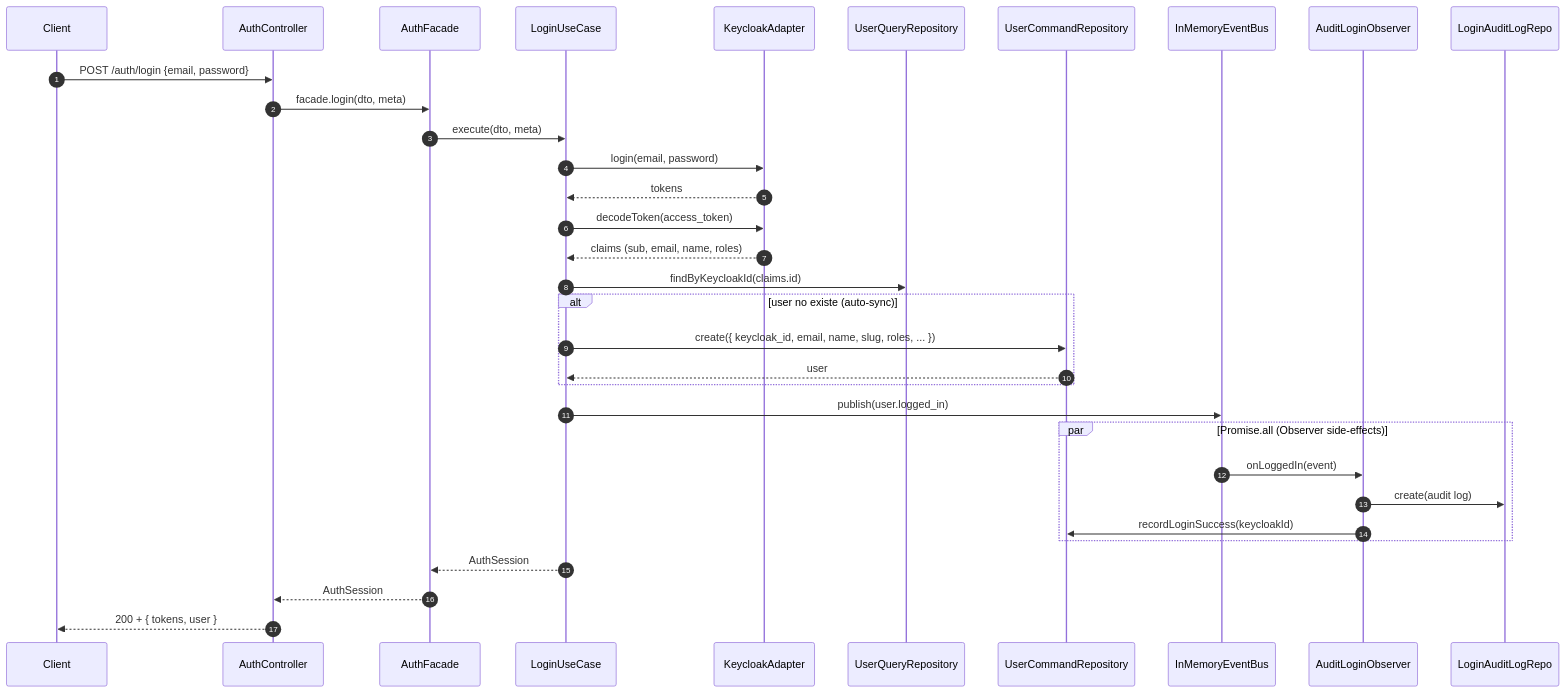
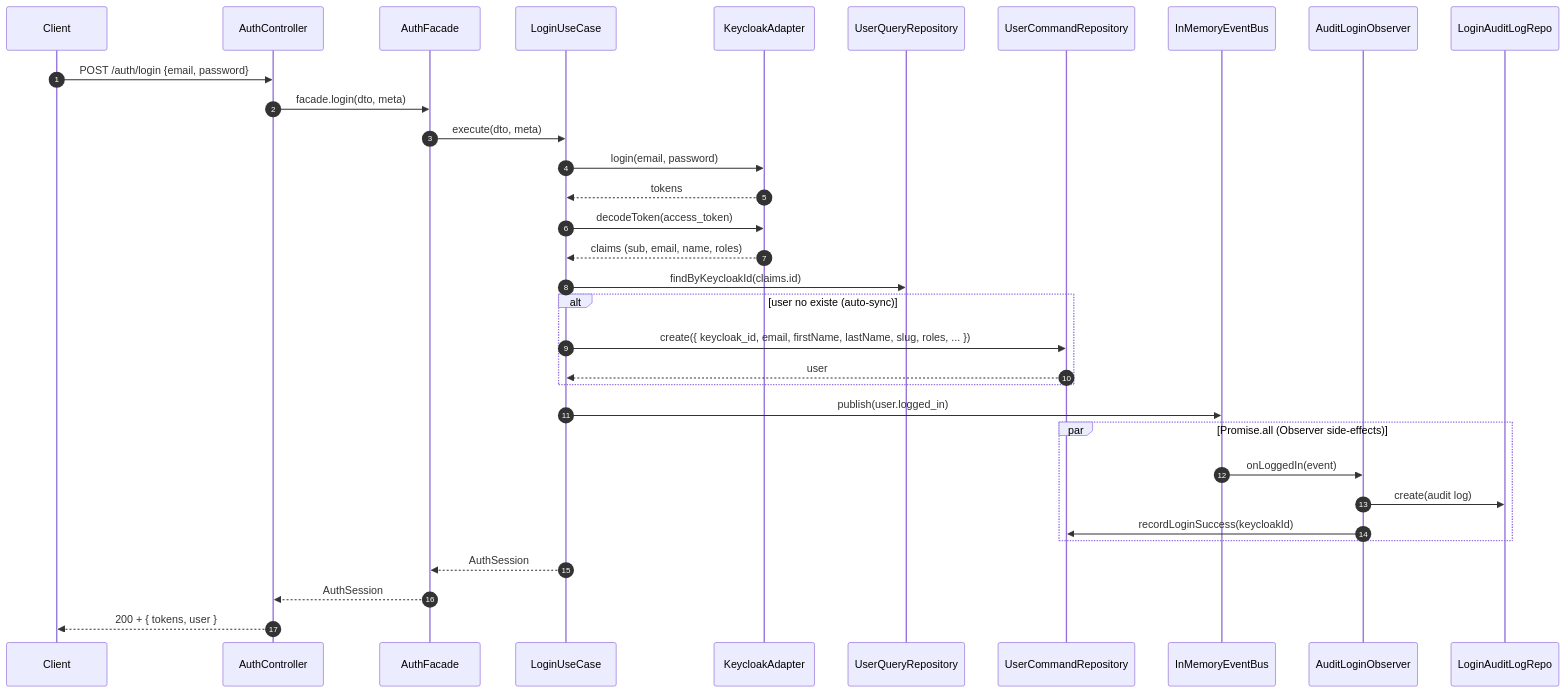
Before and after one commit to jmrg-link/express_clean_code_template: the diagram in docs/project/features.md, drawn with Mermaid. The commit also changed other lines of this file and 42 other files, not shown here.

First line of the commit message:
feat(auth)!: split user name + RBAC roles management

````diff
--- a/docs/project/features.md
+++ b/docs/project/features.md
@@ -78,36 +78,36 @@
 ```mermaid
 sequenceDiagram
   autonumber
   participant C as Client
   participant Ctl as AuthController
   participant F as AuthFacade
   participant UC as LoginUseCase
   participant IAM as KeycloakAdapter
   participant UQ as UserQueryRepository
   participant UC2 as UserCommandRepository
   participant EB as InMemoryEventBus
   participant Obs as AuditLoginObserver
   participant ARepo as LoginAuditLogRepo
 
   C->>Ctl: POST /auth/login {email, password}
   Ctl->>F: facade.login(dto, meta)
   F->>UC: execute(dto, meta)
   UC->>IAM: login(email, password)
   IAM-->>UC: tokens
   UC->>IAM: decodeToken(access_token)
   IAM-->>UC: claims (sub, email, name, roles)
   UC->>UQ: findByKeycloakId(claims.id)
   alt user no existe (auto-sync)
-    UC->>UC2: create({ keycloak_id, email, name, slug, roles, ... })
+    UC->>UC2: create({ keycloak_id, email, firstName, lastName, slug, roles, ... })
     UC2-->>UC: user
   end
   UC->>EB: publish(user.logged_in)
   par Promise.all (Observer side-effects)
     EB->>Obs: onLoggedIn(event)
     Obs->>ARepo: create(audit log)
     Obs->>UC2: recordLoginSuccess(keycloakId)
   end
   UC-->>F: AuthSession
   F-->>Ctl: AuthSession
   Ctl-->>C: 200 + { tokens, user }
 ```
````
